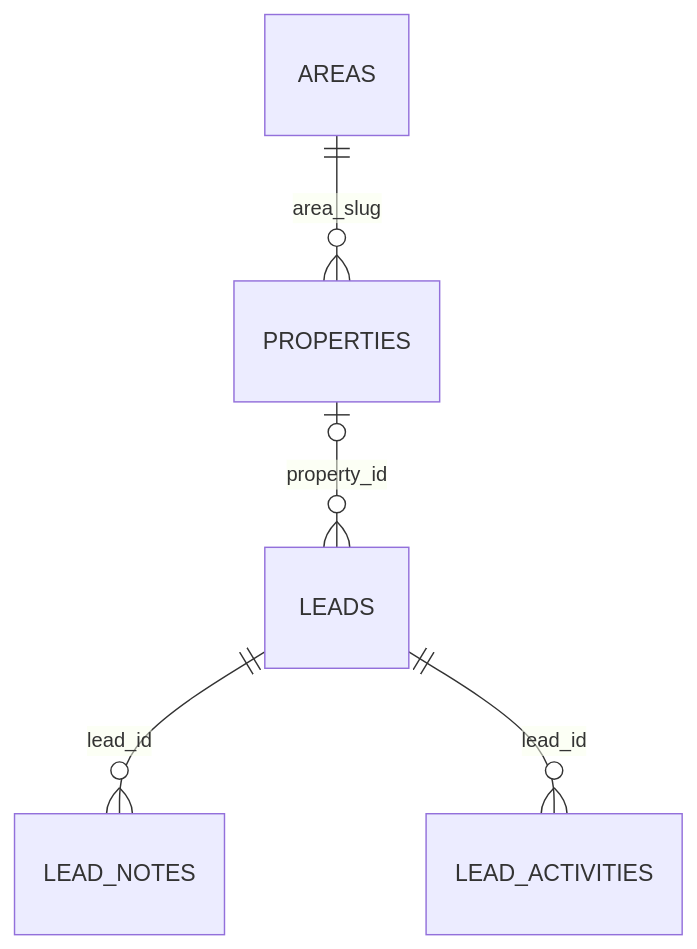
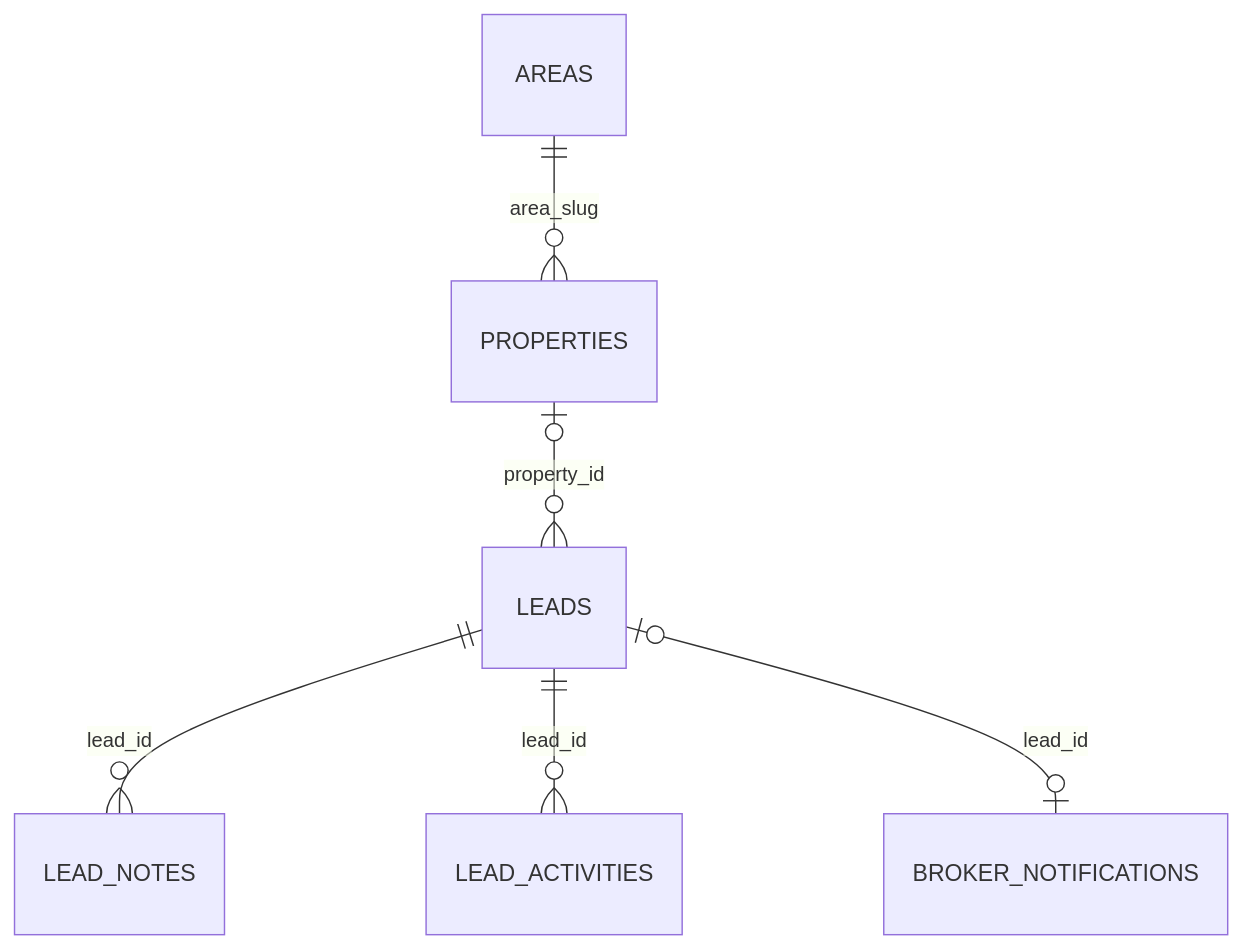
One commit to dineshprabhu-s/chennai-real-estates changed the second of 5 diagrams in docs/TECHNICAL_OVERVIEW.md. Above: the diagram before and after it, drawn with Mermaid. The commit also changed other lines of this file and 10 other files, not shown here.

Commit message:
feat: add persistent in-app broker notifications

````diff
--- a/docs/TECHNICAL_OVERVIEW.md
+++ b/docs/TECHNICAL_OVERVIEW.md
@@ -105,7 +105,8 @@
 ```mermaid
 erDiagram
   AREAS ||--o{ PROPERTIES : area_slug
   PROPERTIES o|--o{ LEADS : property_id
   LEADS ||--o{ LEAD_NOTES : lead_id
   LEADS ||--o{ LEAD_ACTIVITIES : lead_id
+  LEADS o|--o| BROKER_NOTIFICATIONS : lead_id
 ```
````
